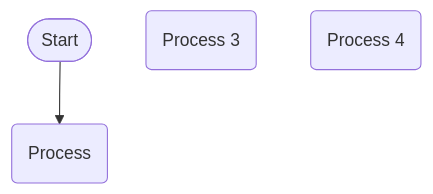
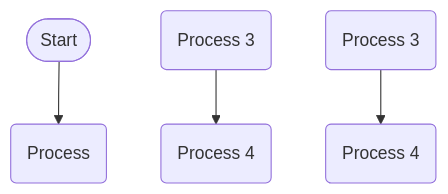
Before and after one commit to pingpm/mermaid_vault: the diagram in mmd/123_03dcaacf-7344-46b4-825a-33c6aabd6103.mmd, drawn with Mermaid. The commit also changed 6 other files, not shown here.

Commit message:
Sync Mermaid Studio data (26 diagrams)

```diff
--- a/mmd/123_03dcaacf-7344-46b4-825a-33c6aabd6103.mmd
+++ b/mmd/123_03dcaacf-7344-46b4-825a-33c6aabd6103.mmd
@@ -1,6 +1,10 @@
 flowchart TD
   n_0(["Start"])
   n_1("Process")
   n_2("Process 3")
   n_3("Process 4")
+  n_4("Process 3")
+  n_5("Process 4")
   n_0 --> n_1
+  n_2 --> n_3
+  n_4 --> n_5
```
